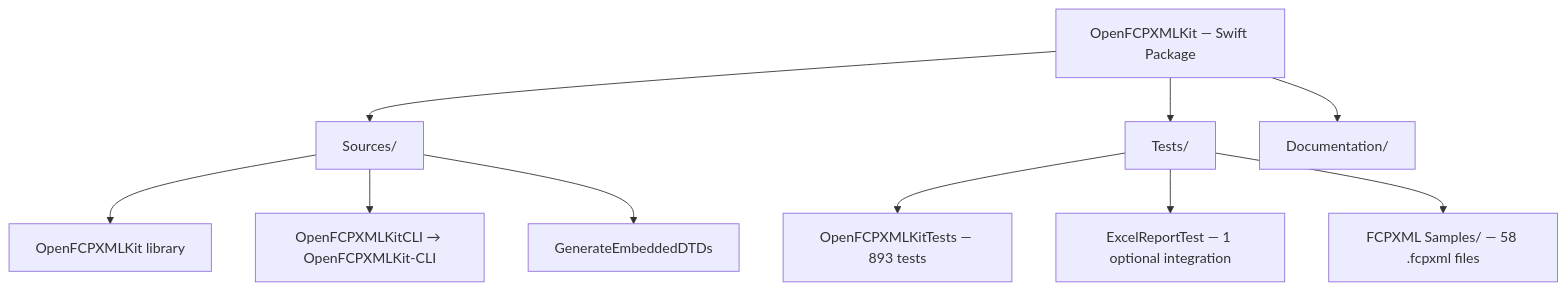
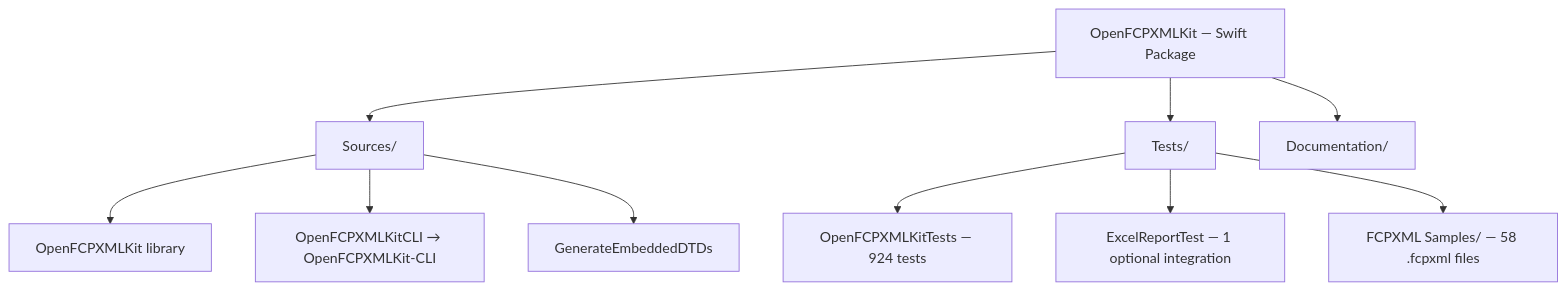
Before and after one commit to TheAcharya/OpenFCPXMLKit: the first of 4 diagrams in ARCHITECTURE.md, drawn with Mermaid. The commit also changed other lines of this file and 15 other files, not shown here.

````diff
--- a/ARCHITECTURE.md
+++ b/ARCHITECTURE.md
@@ -145,16 +149,16 @@
 ```mermaid
 flowchart TB
     Pkg["OpenFCPXMLKit — Swift Package"]
 
     Pkg --> SRC["Sources/"]
     Pkg --> TST["Tests/"]
     Pkg --> DOC["Documentation/"]
 
     SRC --> LIB["OpenFCPXMLKit library"]
     SRC --> CLI["OpenFCPXMLKitCLI → OpenFCPXMLKit-CLI"]
     SRC --> GEN["GenerateEmbeddedDTDs"]
 
-    TST --> OKT["OpenFCPXMLKitTests — 893 tests"]
+    TST --> OKT["OpenFCPXMLKitTests — 924 tests"]
     TST --> ERT["ExcelReportTest — 1 optional integration"]
     TST --> SMP["FCPXML Samples/ — 58 .fcpxml files"]
 ```
````
